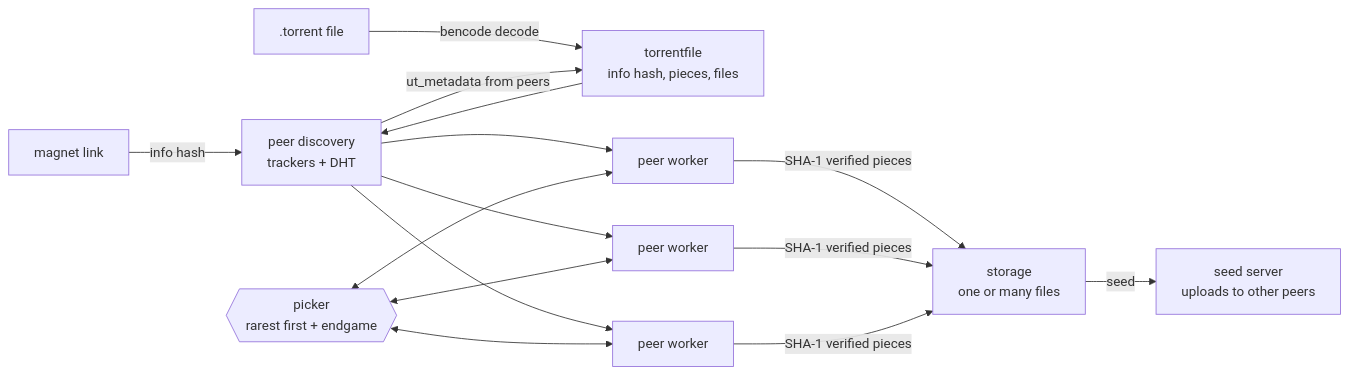
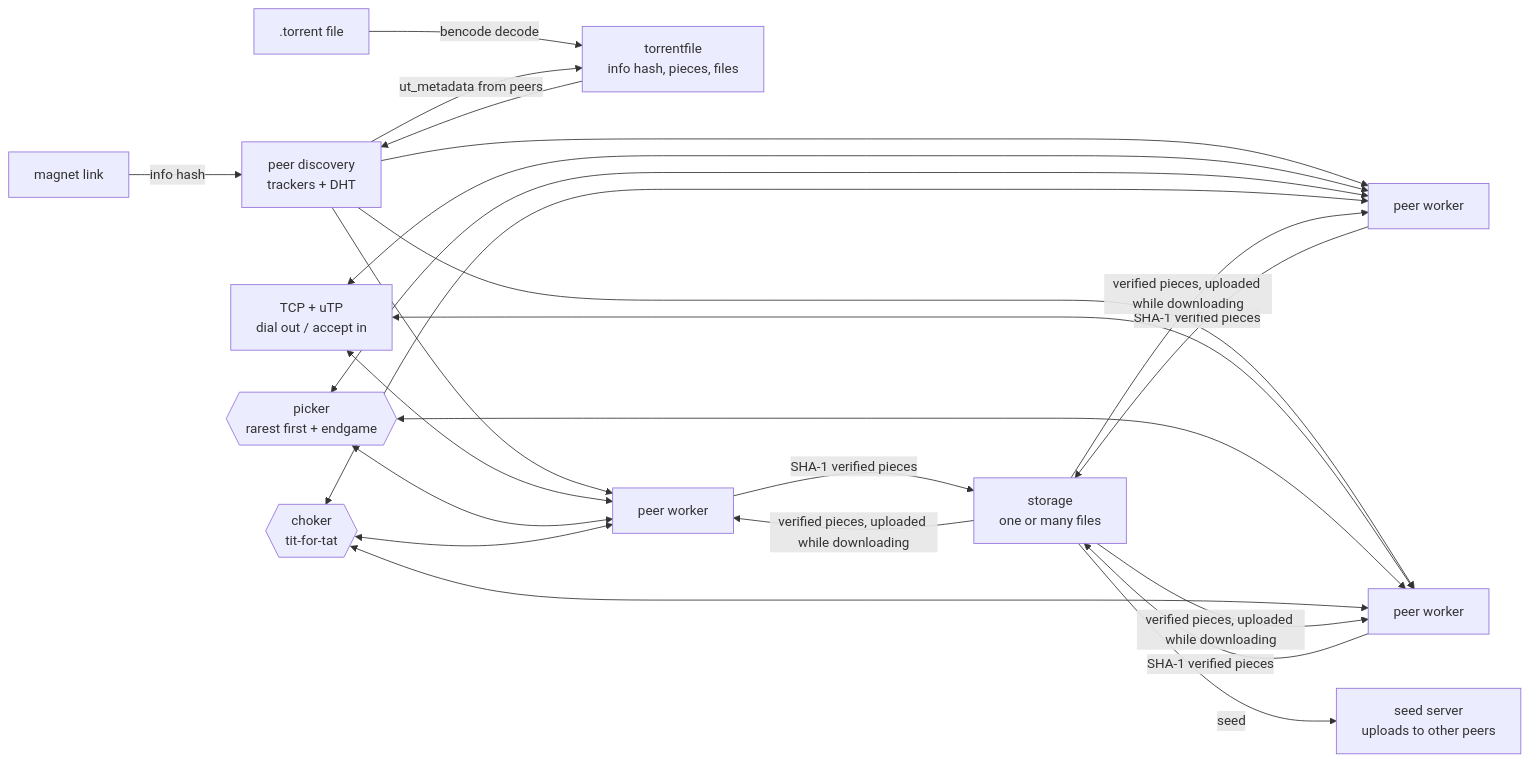
The diagram in README.md (AMINA-ELHASNAOUY/mini-bittorrent), drawn with Mermaid before and after one commit. The commit also changed other lines of this file and 15 other files, not shown here.

First line of the commit message:
Use uTP alongside TCP; README for tit-for-tat and uTP

````diff
--- a/README.md
+++ b/README.md
@@ -59,11 +64,14 @@
 ```mermaid
 flowchart LR
     M["magnet link"] -->|info hash| D["peer discovery<br/>trackers + DHT"]
     T[".torrent file"] -->|bencode decode| P["torrentfile<br/>info hash, pieces, files"]
     D -->|ut_metadata from peers| P
     P --> D
     D --> W1["peer worker"] & W2["peer worker"] & W3["peer worker"]
+    N["TCP + uTP<br/>dial out / accept in"] <--> W1 & W2 & W3
     K{{"picker<br/>rarest first + endgame"}} <--> W1 & W2 & W3
+    C{{"choker<br/>tit-for-tat"}} <--> W1 & W2 & W3
     W1 & W2 & W3 -->|SHA-1 verified pieces| F["storage<br/>one or many files"]
+    F -->|verified pieces, uploaded while downloading| W1 & W2 & W3
     F -->|seed| S["seed server<br/>uploads to other peers"]
 ```
````
